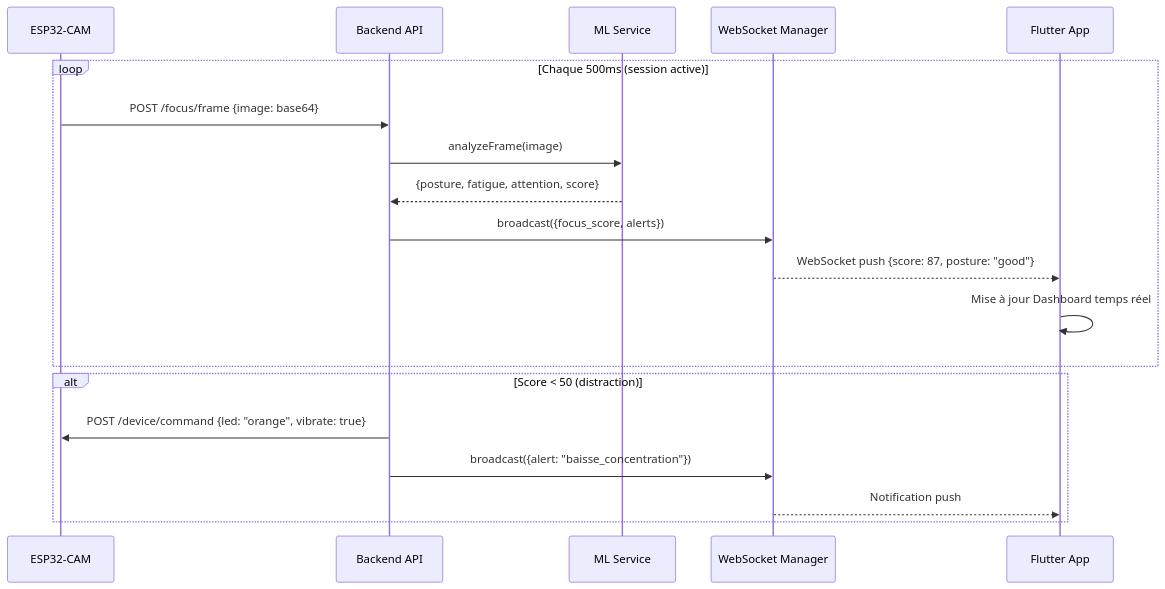
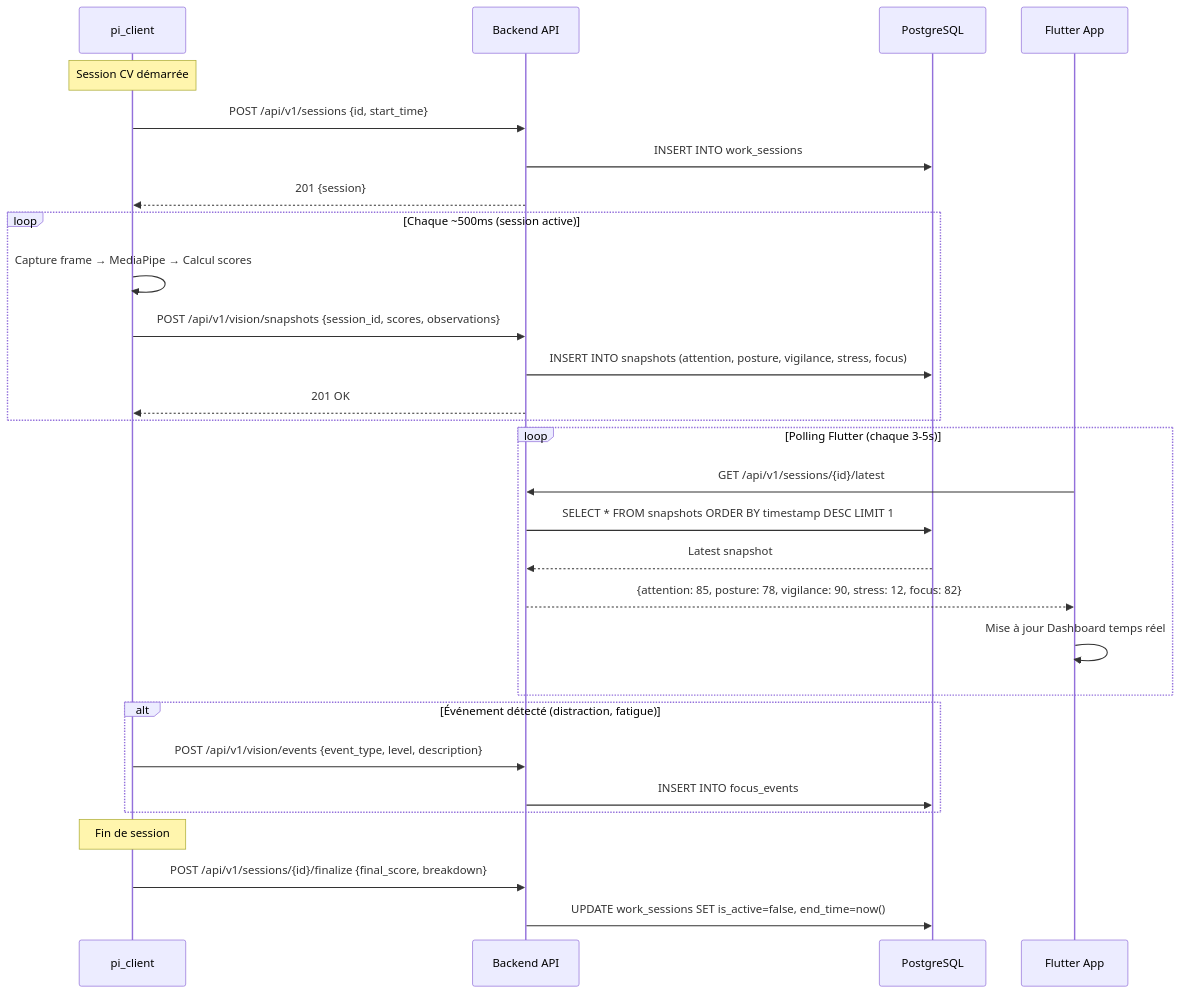
The fifth of 6 diagrams in docs/Conception_Architecture_Systeme.md (Jkacem/smart_focus), drawn with Mermaid before and after one commit. The commit also changed other lines of this file and 93 other files, not shown here.

````diff
--- a/docs/Conception_Architecture_Systeme.md
+++ b/docs/Conception_Architecture_Systeme.md
@@ -212,23 +184,36 @@
 ```mermaid
 sequenceDiagram
-    participant ESP as ESP32-CAM
+    participant PI as pi_client
     participant API as Backend API
-    participant ML as ML Service
-    participant WS as WebSocket Manager
+    participant DB as PostgreSQL
     participant APP as Flutter App
 
-    loop Chaque 500ms (session active)
-        ESP->>API: POST /focus/frame {image: base64}
-        API->>ML: analyzeFrame(image)
-        ML-->>API: {posture, fatigue, attention, score}
-        API->>WS: broadcast({focus_score, alerts})
-        WS-->>APP: WebSocket push {score: 87, posture: "good"}
+    Note over PI: Session CV démarrée
+    PI->>API: POST /api/v1/sessions {id, start_time}
+    API->>DB: INSERT INTO work_sessions
+    API-->>PI: 201 {session}
+
+    loop Chaque ~500ms (session active)
+        PI->>PI: Capture frame → MediaPipe → Calcul scores
+        PI->>API: POST /api/v1/vision/snapshots {session_id, scores, observations}
+        API->>DB: INSERT INTO snapshots (attention, posture, vigilance, stress, focus)
+        API-->>PI: 201 OK
+    end
+
+    loop Polling Flutter (chaque 3-5s)
+        APP->>API: GET /api/v1/sessions/{id}/latest
+        API->>DB: SELECT * FROM snapshots ORDER BY timestamp DESC LIMIT 1
+        DB-->>API: Latest snapshot
+        API-->>APP: {attention: 85, posture: 78, vigilance: 90, stress: 12, focus: 82}
         APP->>APP: Mise à jour Dashboard temps réel
     end
 
-    alt Score < 50 (distraction)
-        API->>ESP: POST /device/command {led: "orange", vibrate: true}
-        API->>WS: broadcast({alert: "baisse_concentration"})
-        WS-->>APP: Notification push
+    alt Événement détecté (distraction, fatigue)
+        PI->>API: POST /api/v1/vision/events {event_type, level, description}
+        API->>DB: INSERT INTO focus_events
     end
+
+    Note over PI: Fin de session
+    PI->>API: POST /api/v1/sessions/{id}/finalize {final_score, breakdown}
+    API->>DB: UPDATE work_sessions SET is_active=false, end_time=now()
 ```
````
